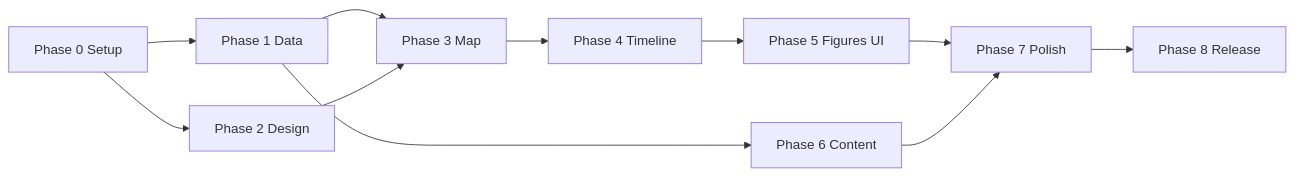
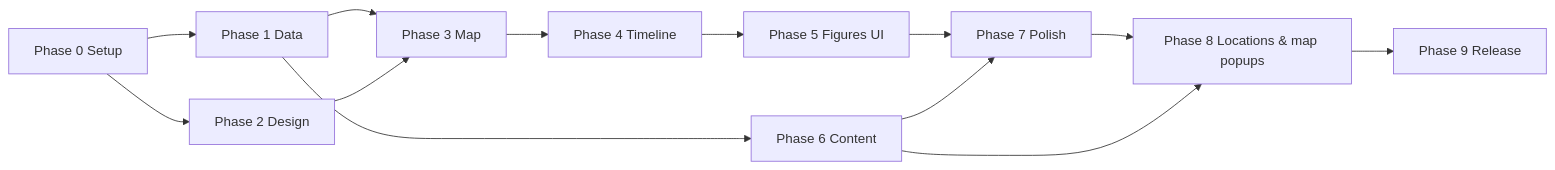
The diagram in PLAN.md (ahmedmsaid/Philosophy), drawn with Mermaid before and after one commit. The commit also changed other lines of this file and 1 other file, not shown here.

Commit message:
docs: update context and plan for phase 8 figure locations and on-map popups

````diff
--- a/PLAN.md
+++ b/PLAN.md
@@ -135,13 +159,15 @@
 ```mermaid
 flowchart LR
   P0["Phase 0 Setup"] --> P1["Phase 1 Data"]
   P0 --> P2["Phase 2 Design"]
   P1 --> P3["Phase 3 Map"]
   P2 --> P3
   P3 --> P4["Phase 4 Timeline"]
   P4 --> P5["Phase 5 Figures UI"]
   P1 --> P6["Phase 6 Content"]
   P5 --> P7["Phase 7 Polish"]
   P6 --> P7
-  P7 --> P8["Phase 8 Release"]
+  P7 --> P8["Phase 8 Locations & map popups"]
+  P6 --> P8
+  P8 --> P9["Phase 9 Release"]
 ```
````
